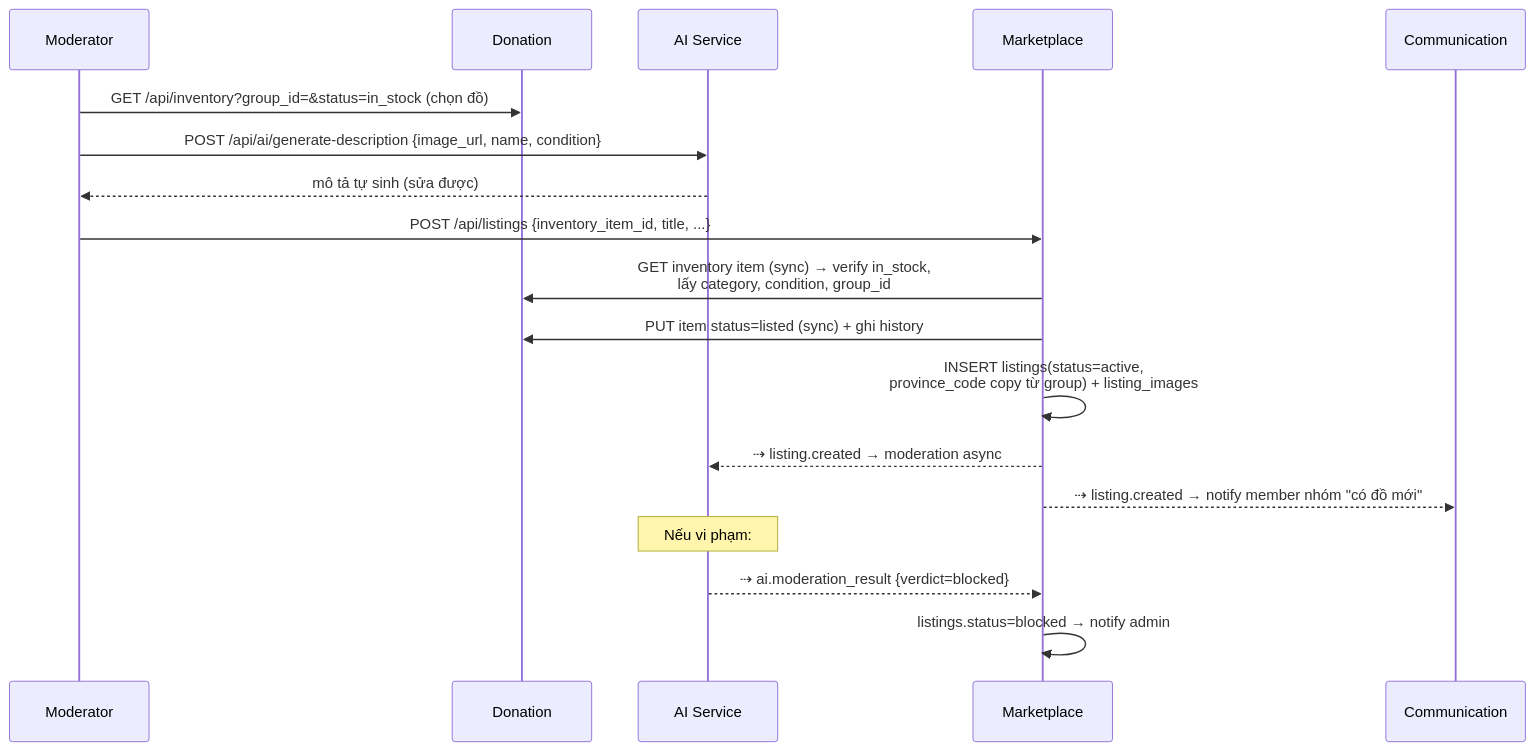
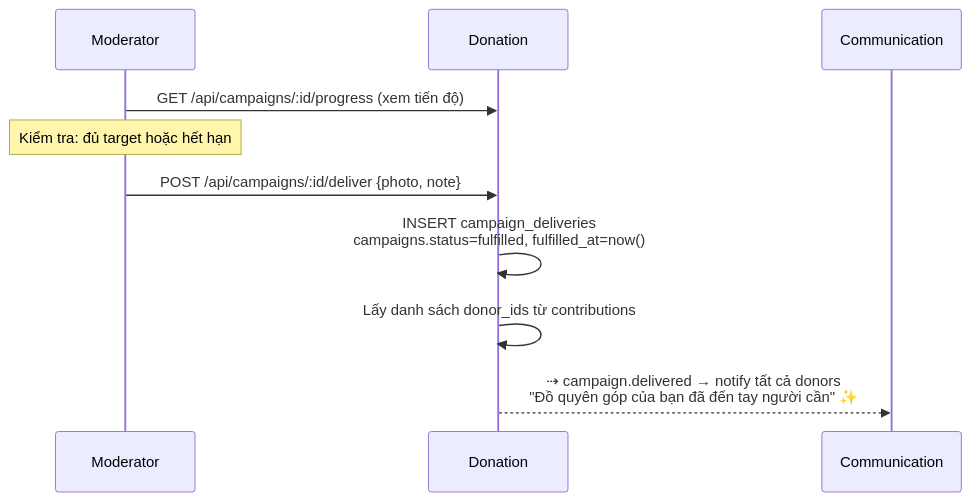
The sixth of 14 diagrams in docs/flows.md (hieusoft/project4), drawn with Mermaid before and after one commit. The commit also changed other lines of this file and 62 other files, not shown here.

First line of the commit message:
feat(donation-service): refactor marketplace into campaigns model

````diff
--- a/docs/flows.md
+++ b/docs/flows.md
@@ -144,20 +139,12 @@
 ```mermaid
 sequenceDiagram
     participant MOD as Moderator
     participant DON as Donation
-    participant AI as AI Service
-    participant MKT as Marketplace
     participant COM as Communication
-    MOD->>DON: GET /api/inventory?group_id=&status=in_stock (chọn đồ)
-    MOD->>AI: POST /api/ai/generate-description {image_url, name, condition}
-    AI-->>MOD: mô tả tự sinh (sửa được)
-    MOD->>MKT: POST /api/listings {inventory_item_id, title, ...}
-    MKT->>DON: GET inventory item (sync) → verify in_stock,<br/>lấy category, condition, group_id
-    MKT->>DON: PUT item status=listed (sync) + ghi history
-    MKT->>MKT: INSERT listings(status=active,<br/>province_code copy từ group) + listing_images
-    MKT-->>AI: ⇢ listing.created → moderation async
-    MKT-->>COM: ⇢ listing.created → notify member nhóm "có đồ mới"
-    Note over AI: Nếu vi phạm:
-    AI-->>MKT: ⇢ ai.moderation_result {verdict=blocked}
-    MKT->>MKT: listings.status=blocked → notify admin
+    MOD->>DON: GET /api/campaigns/:id/progress (xem tiến độ)
+    Note over MOD: Kiểm tra: đủ target hoặc hết hạn
+    MOD->>DON: POST /api/campaigns/:id/deliver {photo, note}
+    DON->>DON: INSERT campaign_deliveries<br/>campaigns.status=fulfilled, fulfilled_at=now()
+    DON->>DON: Lấy danh sách donor_ids từ contributions
+    DON-->>COM: ⇢ campaign.delivered → notify tất cả donors<br/>"Đồ quyên góp của bạn đã đến tay người cần" ✨
 ```
````
